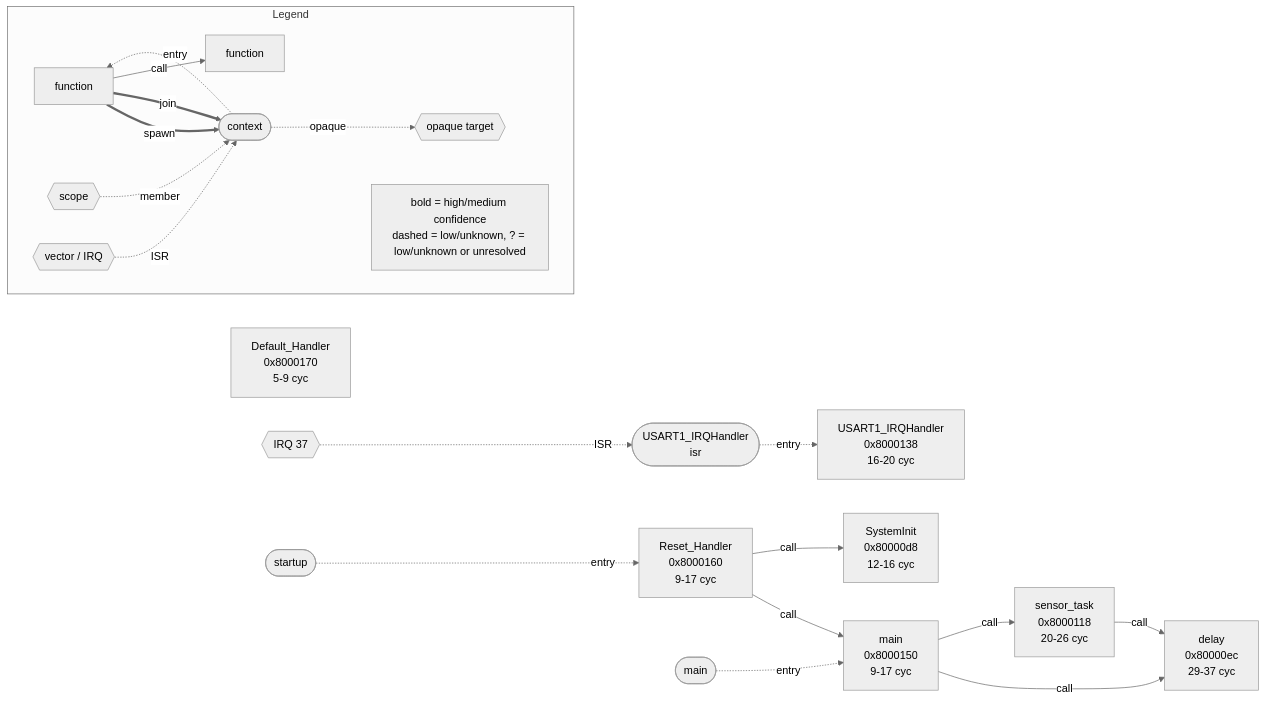
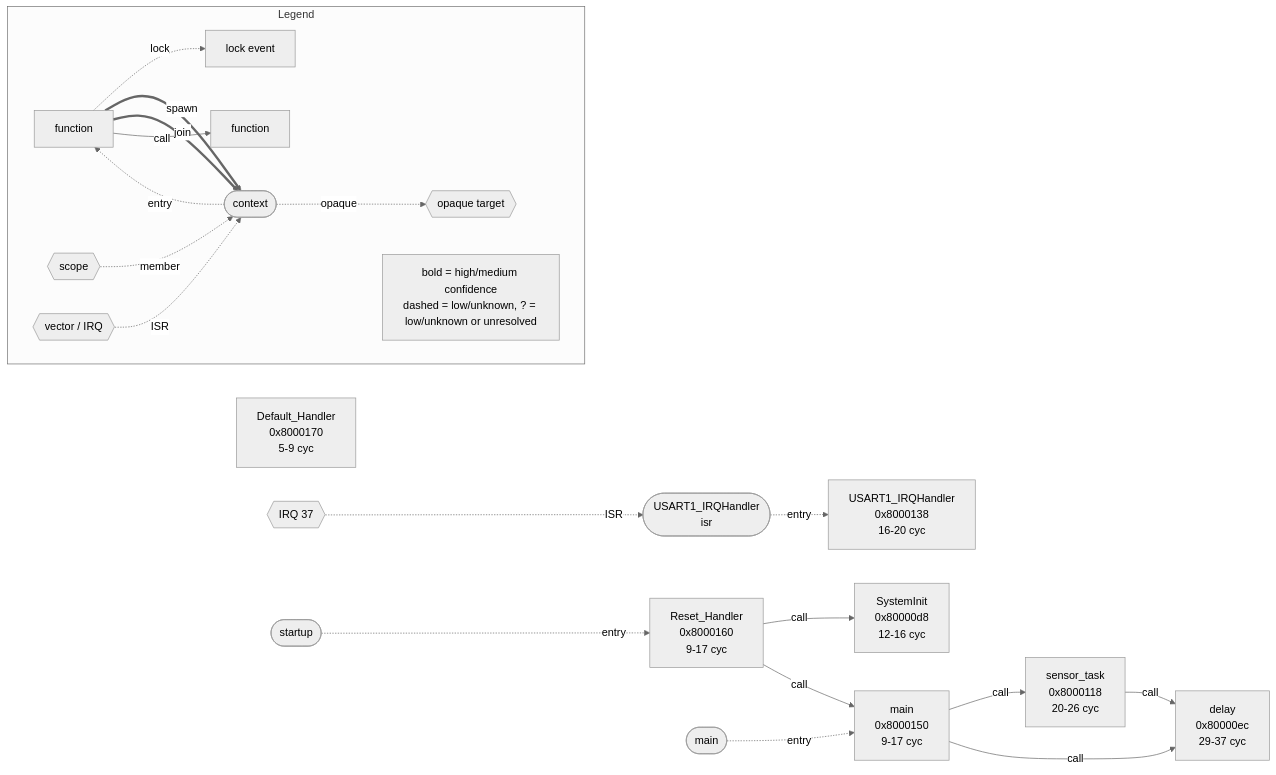
One commit to kevindadi/elf2tdg changed the diagram in examples/cortex-m0-isr/artifacts/tdg-full.mmd. Above: the diagram before and after it, drawn with Mermaid (neutral theme). The commit also changed 19 other files, not shown here.

```diff
--- a/examples/cortex-m0-isr/artifacts/tdg-full.mmd
+++ b/examples/cortex-m0-isr/artifacts/tdg-full.mmd
@@ -1,37 +1,39 @@
 flowchart LR
   n0["SystemInit<br/>0x80000d8<br/>12-16 cyc"]
   n1["delay<br/>0x80000ec<br/>29-37 cyc"]
   n2["sensor_task<br/>0x8000118<br/>20-26 cyc"]
   n3["USART1_IRQHandler<br/>0x8000138<br/>16-20 cyc"]
   n4["main<br/>0x8000150<br/>9-17 cyc"]
   n5["Reset_Handler<br/>0x8000160<br/>9-17 cyc"]
   n6["Default_Handler<br/>0x8000170<br/>5-9 cyc"]
   n7(["USART1_IRQHandler<br/>isr"])
   n8(["main"])
   n9(["startup"])
   n7 -.->|entry| n3
   n8 -.->|entry| n4
   n9 -.->|entry| n5
   n2 -->|call| n1
   n4 -->|call| n2
   n4 -->|call| n1
   n5 -->|call| n0
   n5 -->|call| n4
   n10{{"IRQ 37"}} -.->|ISR| n7
   subgraph Legend
     direction LR
     legend_function["function"]
     legend_context(["context"])
     legend_scope{{"scope"}}
     legend_opaque{{"opaque target"}}
     legend_vector{{"vector / IRQ"}}
+    legend_lock["lock event"]
+    legend_function -.->|lock| legend_lock
     legend_function ==>|spawn| legend_context
     legend_function ==>|join| legend_context
     legend_context -.->|entry| legend_function
     legend_scope -.->|member| legend_context
     legend_vector -.->|ISR| legend_context
     legend_context -.->|opaque| legend_opaque
     legend_callee["function"]
     legend_function -->|call| legend_callee
     legend_note["bold = high/medium confidence<br/>dashed = low/unknown, ? = low/unknown or unresolved"]
   end
```
